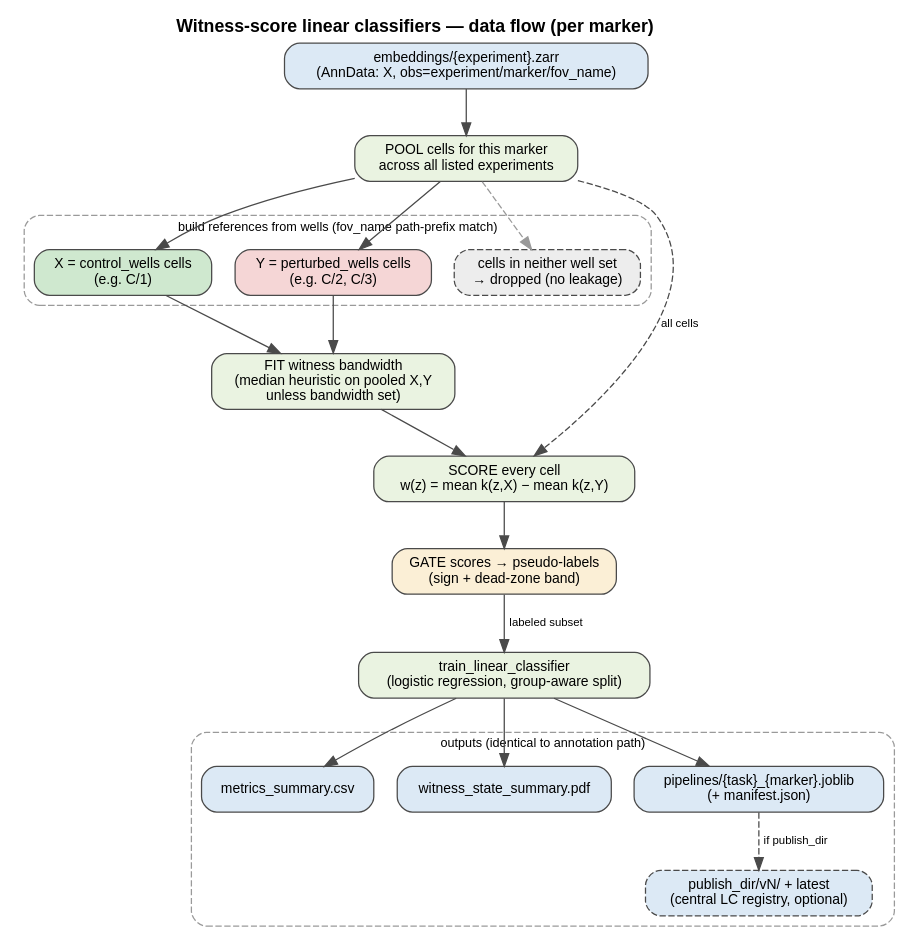
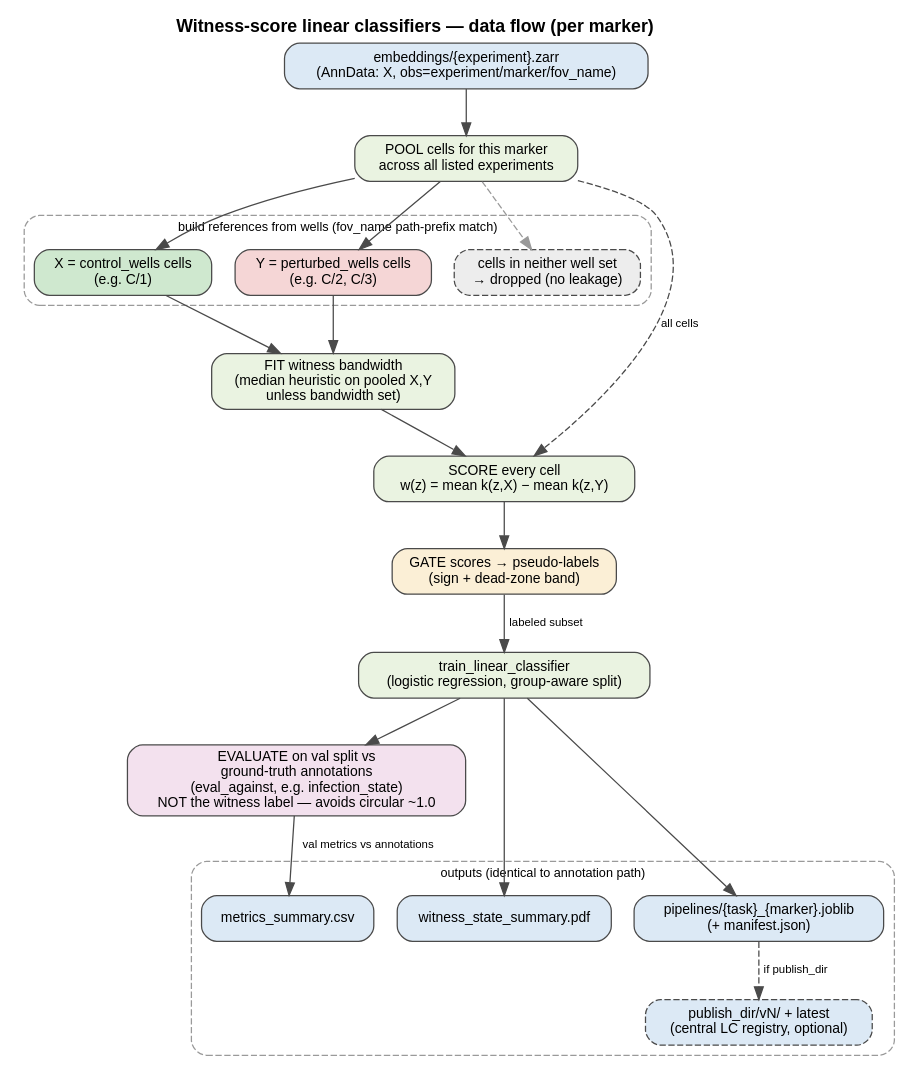
One commit to mehta-lab/VisCy changed the diagram in applications/dynaclr/docs/DAGs/visuals/witness_dataflow.dot. Above: the diagram before and after it, drawn with Graphviz. The commit also changed 12 other files, not shown here.

First line of the commit message:
docs(dynaclr): reflect annotation-based eval in witness DAG + visuals

```diff
--- a/applications/dynaclr/docs/DAGs/visuals/witness_dataflow.dot
+++ b/applications/dynaclr/docs/DAGs/visuals/witness_dataflow.dot
@@ -1,50 +1,52 @@
 digraph witness_dataflow {
     rankdir=TB;
     bgcolor="white";
     node [fontname="Helvetica", fontsize=11, shape=box, style="rounded,filled", color="#4A4A4A"];
     edge [fontname="Helvetica", fontsize=9, color="#4A4A4A"];
     labelloc="t";
     label=<<b>Witness-score linear classifiers &mdash; data flow (per marker)</b>>;
     fontname="Helvetica";
     fontsize=14;
 
     emb   [label="embeddings/{experiment}.zarr\n(AnnData: X, obs=experiment/marker/fov_name)", fillcolor="#DCE9F5"];
     pool  [label="POOL cells for this marker\nacross all listed experiments", fillcolor="#EAF3E1"];
 
     subgraph cluster_ref {
         label="build references from wells (fov_name path-prefix match)";
         style="rounded,dashed"; color="#9A9A9A"; fontname="Helvetica"; fontsize=10;
         ctrl [label="X = control_wells cells\n(e.g. C/1)", fillcolor="#CFE8CF"];
         pert [label="Y = perturbed_wells cells\n(e.g. C/2, C/3)", fillcolor="#F5D6D6"];
         drop_ref [label="cells in neither well set\n→ dropped (no leakage)", fillcolor="#EDEDED", style="rounded,filled,dashed"];
     }
 
     fit   [label="FIT witness bandwidth\n(median heuristic on pooled X,Y\nunless bandwidth set)", fillcolor="#EAF3E1"];
     score [label="SCORE every cell\nw(z) = mean k(z,X) − mean k(z,Y)", fillcolor="#EAF3E1"];
     gate  [label="GATE scores → pseudo-labels\n(sign + dead-zone band)", fillcolor="#FBEFD6", shape=box];
     train [label="train_linear_classifier\n(logistic regression, group-aware split)", fillcolor="#EAF3E1"];
+    evaln [label="EVALUATE on val split vs\nground-truth annotations\n(eval_against, e.g. infection_state)\nNOT the witness label — avoids circular ~1.0", fillcolor="#F3E1EE", shape=box];
 
     subgraph cluster_out {
         label="outputs (identical to annotation path)";
         style="rounded,dashed"; color="#9A9A9A"; fontname="Helvetica"; fontsize=10;
         metrics [label="metrics_summary.csv", fillcolor="#DCE9F5"];
         pdf     [label="witness_state_summary.pdf", fillcolor="#DCE9F5"];
         joblib  [label="pipelines/{task}_{marker}.joblib\n(+ manifest.json)", fillcolor="#DCE9F5"];
         reg     [label="publish_dir/vN/ + latest\n(central LC registry, optional)", fillcolor="#DCE9F5", style="rounded,filled,dashed"];
     }
 
     emb -> pool;
     pool -> ctrl;
     pool -> pert;
     pool -> drop_ref [style=dashed, color="#9A9A9A"];
     ctrl -> fit;
     pert -> fit;
     fit -> score;
     pool -> score [style=dashed, label="all cells"];
     score -> gate;
     gate -> train [label="labeled subset"];
-    train -> metrics;
+    train -> evaln;
+    evaln -> metrics [label="val metrics vs annotations"];
     train -> pdf;
     train -> joblib;
     joblib -> reg [style=dashed, label="if publish_dir"];
 }
```
